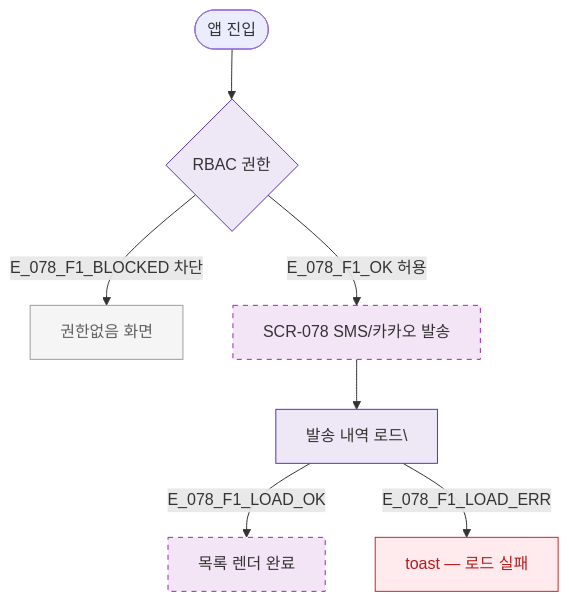
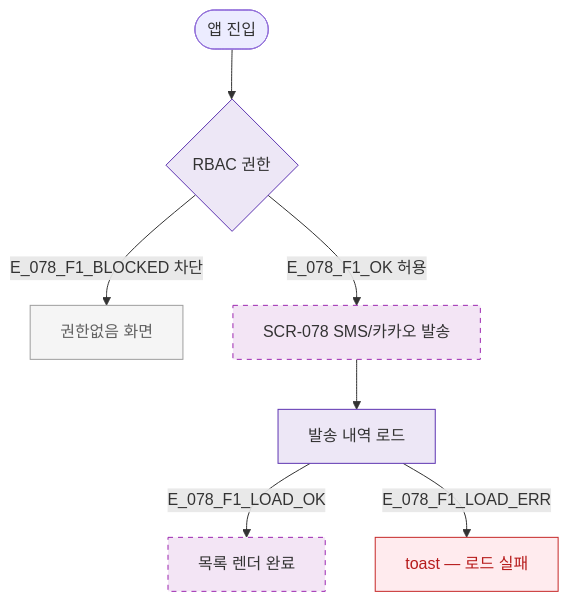
One commit to dev-spogym/admin-pando changed the diagram in docs/admin/다이어그램/D08_마케팅/SCR-078_SMS카카오발송/F1_진입플로우.md. Above: the diagram before and after it, drawn with Mermaid. The commit also changed 369 other files, not shown here.

````diff
--- a/docs/admin/다이어그램/D08_마케팅/SCR-078_SMS카카오발송/F1_진입플로우.md
+++ b/docs/admin/다이어그램/D08_마케팅/SCR-078_SMS카카오발송/F1_진입플로우.md
@@ -12,20 +12,20 @@
 ```mermaid
 flowchart TD
   START([앱 진입]) --> AUTH{RBAC 권한}
   AUTH -->|E_078_F1_BLOCKED 차단|BLOCKED[권한없음 화면]
   AUTH -->|E_078_F1_OK 허용|SCR_078[SCR-078 SMS/카카오 발송]
 
-  SCR_078 --> LOAD[발송 내역 로드\]
+  SCR_078 --> LOAD[발송 내역 로드]
   LOAD -->|E_078_F1_LOAD_OK|READY[목록 렌더 완료]
   LOAD -->|E_078_F1_LOAD_ERR|ERR[toast — 로드 실패]
 
   classDef newFeature fill:#F3E5F5,stroke:#9C27B0,stroke-dasharray:5 5
   classDef error fill:#FFEBEE,stroke:#C62828,color:#B71C1C
   classDef rbacBlocked fill:#F5F5F5,stroke:#9E9E9E,color:#616161
   classDef system fill:#EDE7F6,stroke:#5E35B2
 
   class SCR_078,READY newFeature
   class BLOCKED rbacBlocked
   class ERR error
   class AUTH,LOAD system
 ```
````
